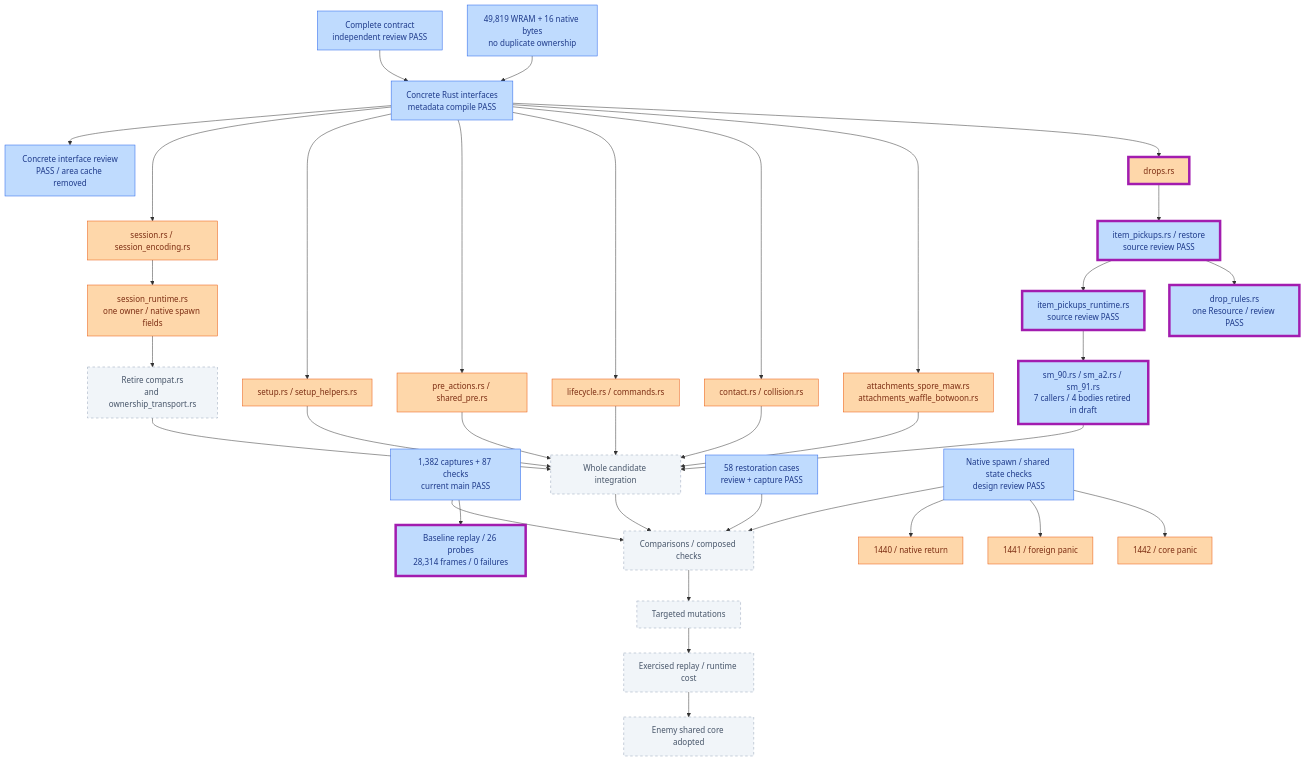
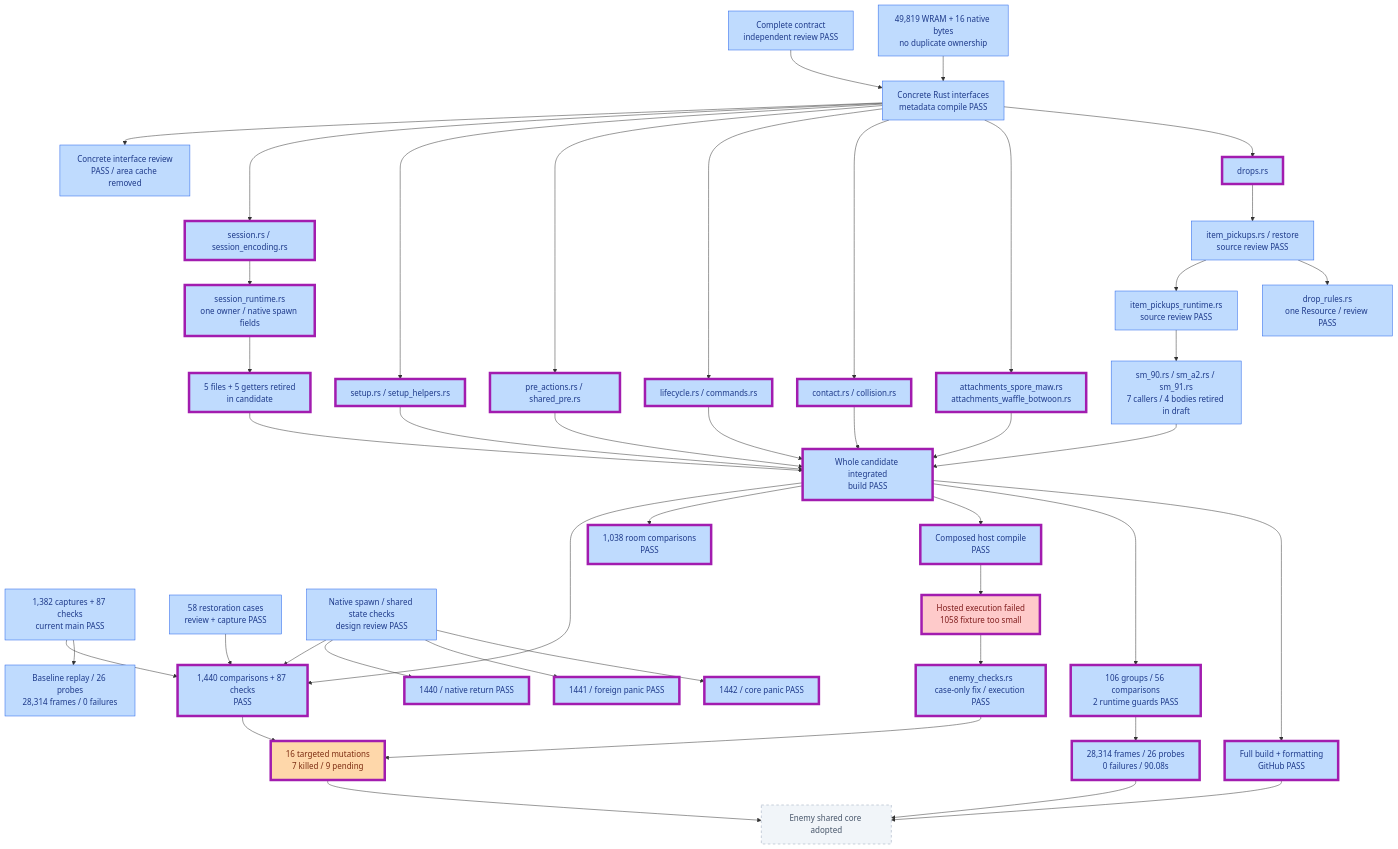
The first of 11 diagrams in PROGRESS.md (JimLundin/sm-decomp), drawn with Mermaid before and after one commit. The commit also changed other lines of this file and 2 other files, not shown here.

Commit message:
Show individual mutation checks and passing candidate replay
Documentation only: diff check and progress pass; production counters unchanged. Candidate source 21a7453a passes 106 groups, 56 comparisons, two guards and frames 0..28313 with all 26 required probes plus 120 follow-up frames, zero failures. Route covers shared room/player/enemy behavior through message completion. Hosted formatting, full build and seven composed mutants pass; nine DLL mutants remain running. Candidate is not adopted.

````diff
--- a/PROGRESS.md
+++ b/PROGRESS.md
@@ -12,45 +14,55 @@
 ```mermaid
 flowchart TB
     CONTRACT["Complete contract<br/>independent review PASS"]:::checked
     UNION["49,819 WRAM + 16 native bytes<br/>no duplicate ownership"]:::checked
     CONTRACT --> API["Concrete Rust interfaces<br/>metadata compile PASS"]:::checked
     API --> REVIEW["Concrete interface review<br/>PASS / area cache removed"]:::checked
     UNION --> API
     REF["1,382 captures + 87 checks<br/>current main PASS"]:::checked
-    API --> S["session.rs / session_encoding.rs"]:::active
-    S --> R["session_runtime.rs<br/>one owner / native spawn fields"]:::active
-    API --> SETUP["setup.rs / setup_helpers.rs"]:::active
-    API --> PRE["pre_actions.rs / shared_pre.rs"]:::active
-    API --> LIFE["lifecycle.rs / commands.rs"]:::active
-    API --> CONTACT["contact.rs / collision.rs"]:::active
-    API --> ATTACH["attachments_spore_maw.rs<br/>attachments_waffle_botwoon.rs"]:::active
-    API --> DROP["drops.rs"]:::active
+    API --> S["session.rs / session_encoding.rs"]:::checked
+    S --> R["session_runtime.rs<br/>one owner / native spawn fields"]:::checked
+    API --> SETUP["setup.rs / setup_helpers.rs"]:::checked
+    API --> PRE["pre_actions.rs / shared_pre.rs"]:::checked
+    API --> LIFE["lifecycle.rs / commands.rs"]:::checked
+    API --> CONTACT["contact.rs / collision.rs"]:::checked
+    API --> ATTACH["attachments_spore_maw.rs<br/>attachments_waffle_botwoon.rs"]:::checked
+    API --> DROP["drops.rs"]:::checked
     DROP --> INV["item_pickups.rs / restore<br/>source review PASS"]:::checked
     INV --> IRT["item_pickups_runtime.rs<br/>source review PASS"]:::checked
     INV --> RESOURCE["drop_rules.rs<br/>one Resource / review PASS"]:::checked
     IRT --> CALL["sm_90.rs / sm_a2.rs / sm_91.rs<br/>7 callers / 4 bodies retired in draft"]:::checked
-    R --> RETIRE["Retire compat.rs<br/>and ownership_transport.rs"]:::pending
-    SETUP --> MERGE["Whole candidate integration"]:::pending
+    R --> RETIRE["5 files + 5 getters retired<br/>in candidate"]:::checked
+    SETUP --> MERGE["Whole candidate integrated<br/>build PASS"]:::checked
     PRE --> MERGE
     LIFE --> MERGE
     CONTACT --> MERGE
     ATTACH --> MERGE
     CALL --> MERGE
     RETIRE --> MERGE
-    RESTORE["58 restoration cases<br/>review + capture PASS"]:::checked --> VERIFY["Comparisons / composed checks"]:::pending
+    RESTORE["58 restoration cases<br/>review + capture PASS"]:::checked --> VERIFY["1,440 comparisons + 87 checks<br/>PASS"]:::checked
     NATIVE["Native spawn / shared state checks<br/>design review PASS"]:::checked --> VERIFY
-    NATIVE --> NRET["1440 / native return"]:::active
-    NATIVE --> NPANIC["1441 / foreign panic"]:::active
-    NATIVE --> CPANIC["1442 / core panic"]:::active
+    NATIVE --> NRET["1440 / native return PASS"]:::checked
+    NATIVE --> NPANIC["1441 / foreign panic PASS"]:::checked
+    NATIVE --> CPANIC["1442 / core panic PASS"]:::checked
     MERGE --> VERIFY
     REF --> VERIFY
     REF --> BASEPLAY["Baseline replay / 26 probes<br/>28,314 frames / 0 failures"]:::checked
-    VERIFY --> MUT["Targeted mutations"]:::pending
-    MUT --> PLAY["Exercised replay / runtime cost"]:::pending
+    MERGE --> ROOM["1,038 room comparisons<br/>PASS"]:::checked
+    MERGE --> HOST["Composed host compile<br/>PASS"]:::checked
+    HOST --> HFAIL["Hosted execution failed<br/>1058 fixture too small"]:::failed
+    HFAIL --> HFIX["enemy_checks.rs<br/>case-only fix / execution PASS"]:::checked
+    VERIFY --> MUT["16 targeted mutations<br/>7 killed / 9 pending"]:::active
+    HFIX --> MUT
+    MERGE --> PLAYER["106 groups / 56 comparisons<br/>2 runtime guards PASS"]:::checked
+    MERGE --> FRONT["Full build + formatting<br/>GitHub PASS"]:::checked
+    PLAYER --> PLAY["28,314 frames / 26 probes<br/>0 failures / 90.08s"]:::checked
     PLAY --> ADOPT["Enemy shared core adopted"]:::pending
-    class DROP,INV,IRT,RESOURCE,CALL,BASEPLAY changed
+    MUT --> ADOPT
+    FRONT --> ADOPT
+    class S,R,SETUP,PRE,LIFE,CONTACT,ATTACH,DROP,RETIRE,MERGE,VERIFY,NRET,NPANIC,CPANIC,ROOM,HOST,HFAIL,HFIX,MUT,PLAYER,FRONT,PLAY changed
     classDef checked fill:#bfdbfe,stroke:#2563eb,color:#1e3a8a
     classDef active fill:#fed7aa,stroke:#ea580c,color:#7c2d12
     classDef pending fill:#f1f5f9,stroke:#94a3b8,color:#475569,stroke-dasharray:5 5
+    classDef failed fill:#fecaca,stroke:#dc2626,color:#7f1d1d
     classDef changed stroke:#a21caf,stroke-width:5px
 ```
````
